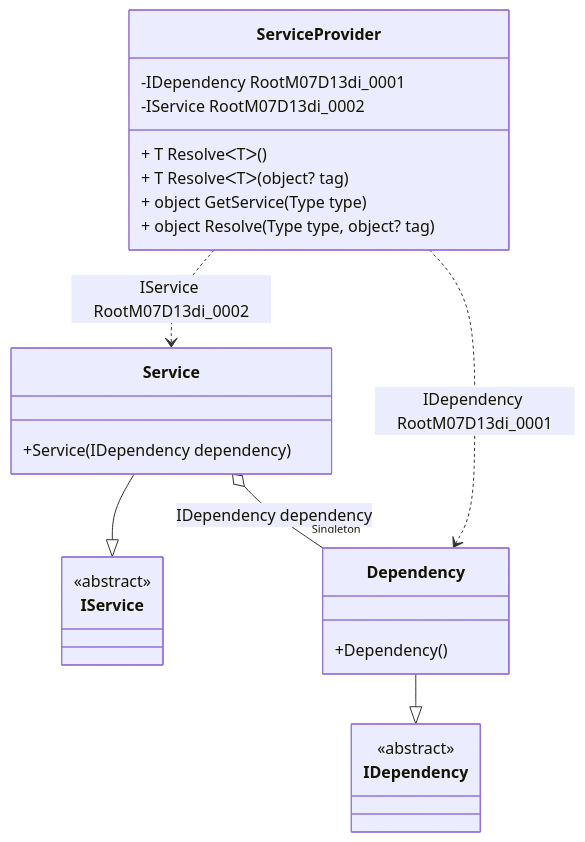
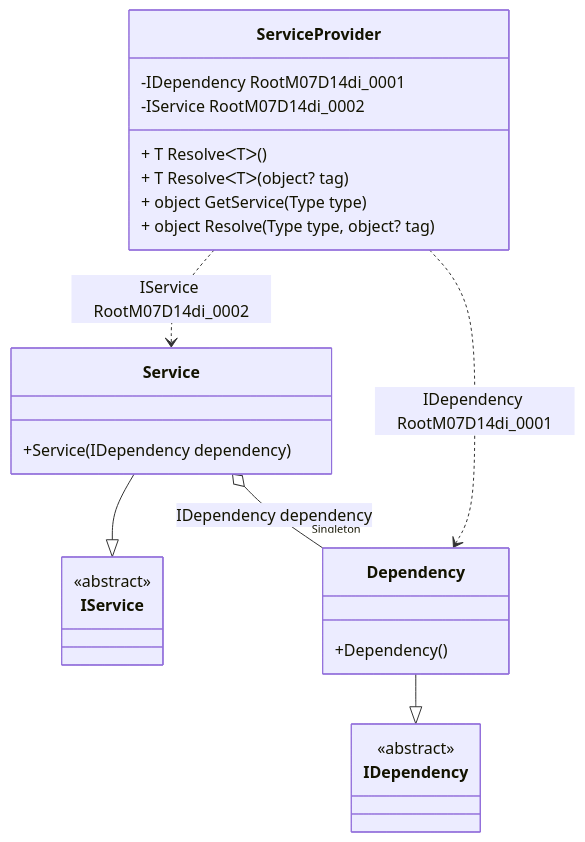
One commit to DevTeam/Pure.DI changed the diagram in readme/service-provider.md. Above: the diagram before and after it, drawn with Mermaid. The commit also changed other lines of this file and 58 other files, not shown here.

````diff
--- a/readme/service-provider.md
+++ b/readme/service-provider.md
@@ -50,28 +50,28 @@
 ```mermaid
 classDiagram
   class ServiceProvider {
-    -IDependency RootM07D13di_0001
-    -IService RootM07D13di_0002
+    -IDependency RootM07D14di_0001
+    -IService RootM07D14di_0002
     + T ResolveᐸTᐳ()
     + T ResolveᐸTᐳ(object? tag)
     + object GetService(Type type)
     + object Resolve(Type type, object? tag)
   }
   Service --|> IService : 
   class Service {
     +Service(IDependency dependency)
   }
   Dependency --|> IDependency : 
   class Dependency {
     +Dependency()
   }
   class IService {
     <<abstract>>
   }
   class IDependency {
     <<abstract>>
   }
   Service o--  "Singleton" Dependency : IDependency dependency
-  ServiceProvider ..> Dependency : IDependency RootM07D13di_0001
-  ServiceProvider ..> Service : IService RootM07D13di_0002
+  ServiceProvider ..> Dependency : IDependency RootM07D14di_0001
+  ServiceProvider ..> Service : IService RootM07D14di_0002
 ```
````
